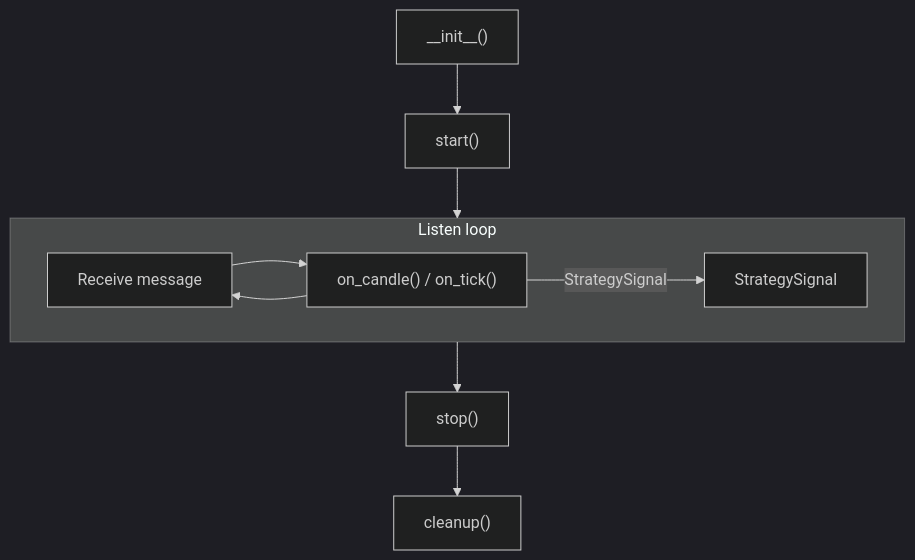
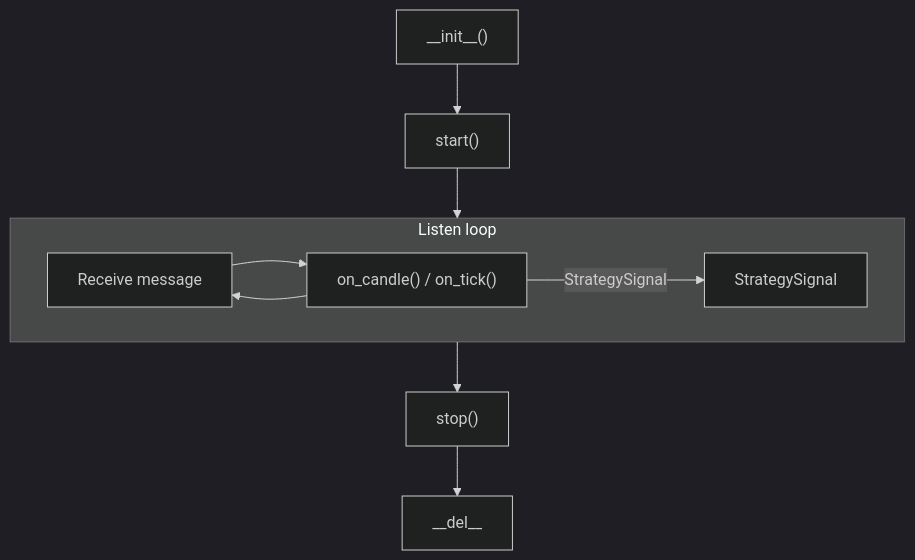
The second of 2 diagrams in docs/strategies.md (mateusz-klatt/snapper), drawn with Mermaid (dark theme) before and after one commit. The commit also changed other lines of this file and 12 other files, not shown here.

````diff
--- a/docs/strategies.md
+++ b/docs/strategies.md
@@ -347,14 +355,14 @@
 ```mermaid
 flowchart TB
     Init["__init__()"] --> Start["start()"]
     Start --> Loop
 
     subgraph Loop["Listen loop"]
         Receive["Receive message"] --> Process["on_candle() / on_tick()"]
         Process -->|StrategySignal| SignalOut["StrategySignal"]
         Process --> Receive
     end
 
     Loop --> Stop["stop()"]
-    Stop --> Cleanup["cleanup()"]
+    Stop --> Teardown["__del__"]
 ```
````
